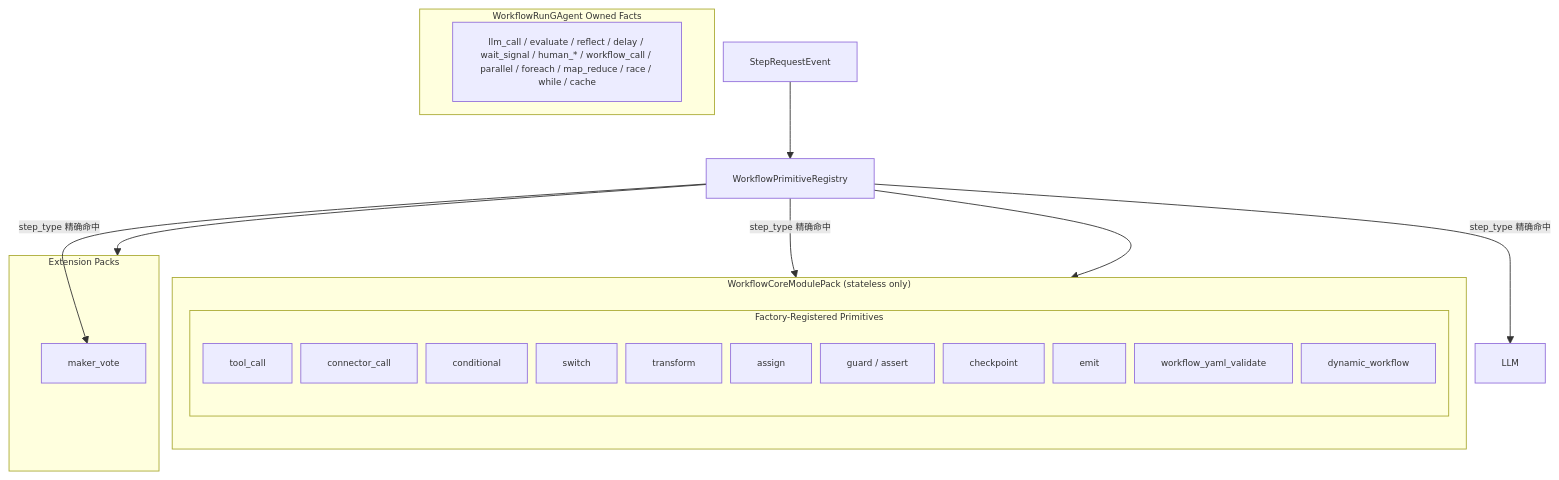
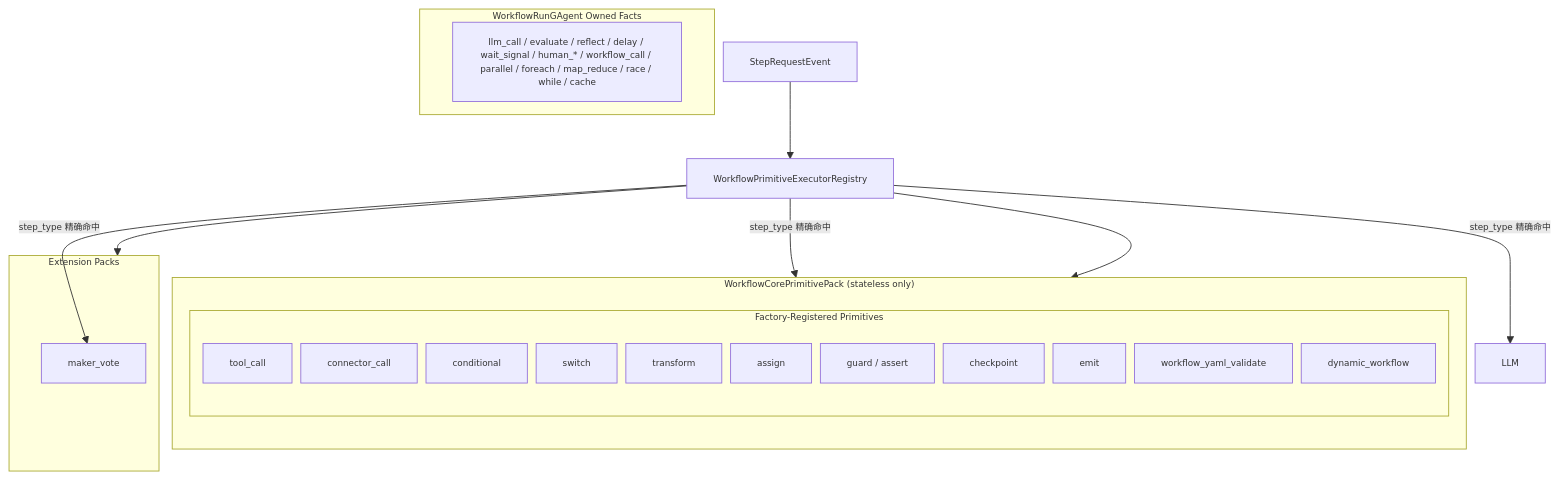
One commit to aevatarAI/aevatar changed the seventh of 19 diagrams in docs/architecture/AEVATAR_MAINNET_ARCHITECTURE.md. Above: the diagram before and after it, drawn with Mermaid. The commit also changed other lines of this file and 167 other files, not shown here.

````diff
--- a/docs/architecture/AEVATAR_MAINNET_ARCHITECTURE.md
+++ b/docs/architecture/AEVATAR_MAINNET_ARCHITECTURE.md
@@ -359,35 +359,35 @@
 ```mermaid
 %%{init: {"maxTextSize": 100000, "flowchart": {"useMaxWidth": false, "nodeSpacing": 10, "rankSpacing": 50}, "themeVariables": {"fontSize": "10px"}}}%%
 flowchart TB
-    subgraph core_pack ["WorkflowCoreModulePack (stateless only)"]
+    subgraph core_pack ["WorkflowCorePrimitivePack (stateless only)"]
         direction TB
         subgraph supported_modules ["Factory-Registered Primitives"]
             Tool["tool_call"]
             Conn["connector_call"]
             Cond["conditional"]
             Switch["switch"]
             Transform["transform"]
             Assign["assign"]
             Guard["guard / assert"]
             Checkpoint["checkpoint"]
             Emit["emit"]
             Validate["workflow_yaml_validate"]
             Dynamic["dynamic_workflow"]
         end
     end
 
     subgraph run_owned ["WorkflowRunGAgent Owned Facts"]
         RunOwned["llm_call / evaluate / reflect / delay / wait_signal / human_* / workflow_call / parallel / foreach / map_reduce / race / while / cache"]
     end
 
     subgraph ext_pack ["Extension Packs"]
         MakerVote["maker_vote"]
     end
 
-    Registry["WorkflowPrimitiveRegistry"] --> core_pack
+    Registry["WorkflowPrimitiveExecutorRegistry"] --> core_pack
     Registry --> ext_pack
     StepReq["StepRequestEvent"] --> Registry
     Registry -->|"step_type 精确命中"| LLM
     Registry -->|"step_type 精确命中"| Conn
     Registry -->|"step_type 精确命中"| MakerVote
 ```
````
